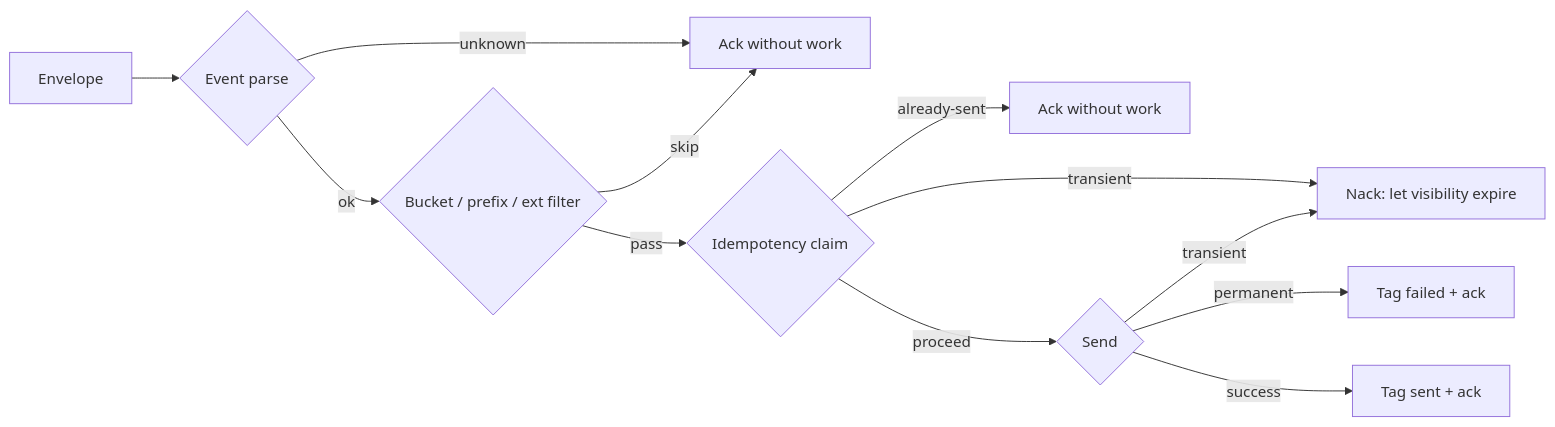
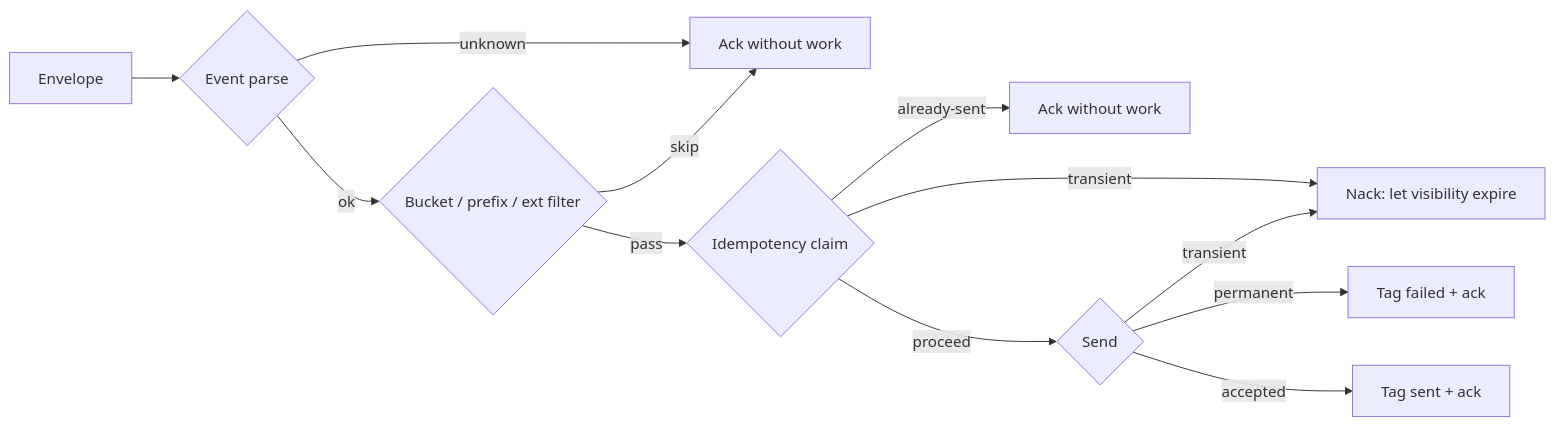
Before and after one commit to alikor/RelayMail: the second of 3 diagrams in docs/architecture.md, drawn with Mermaid. The commit also changed other lines of this file and 73 other files, not shown here.

````diff
--- a/docs/architecture.md
+++ b/docs/architecture.md
@@ -46,14 +49,14 @@
 ```mermaid
 flowchart LR
     in[Envelope] --> parse{Event parse}
     parse -- unknown --> dropAck[Ack without work]
     parse -- ok --> filter{Bucket / prefix / ext filter}
     filter -- skip --> dropAck
     filter -- pass --> claim{Idempotency claim}
     claim -- already-sent --> skipAck[Ack without work]
     claim -- transient --> nack[Nack: let visibility expire]
     claim -- proceed --> send{Send}
     send -- transient --> nack
     send -- permanent --> tagFail[Tag failed + ack]
-    send -- success --> tagSent[Tag sent + ack]
+    send -- accepted --> tagSent[Tag sent + ack]
 ```
````
